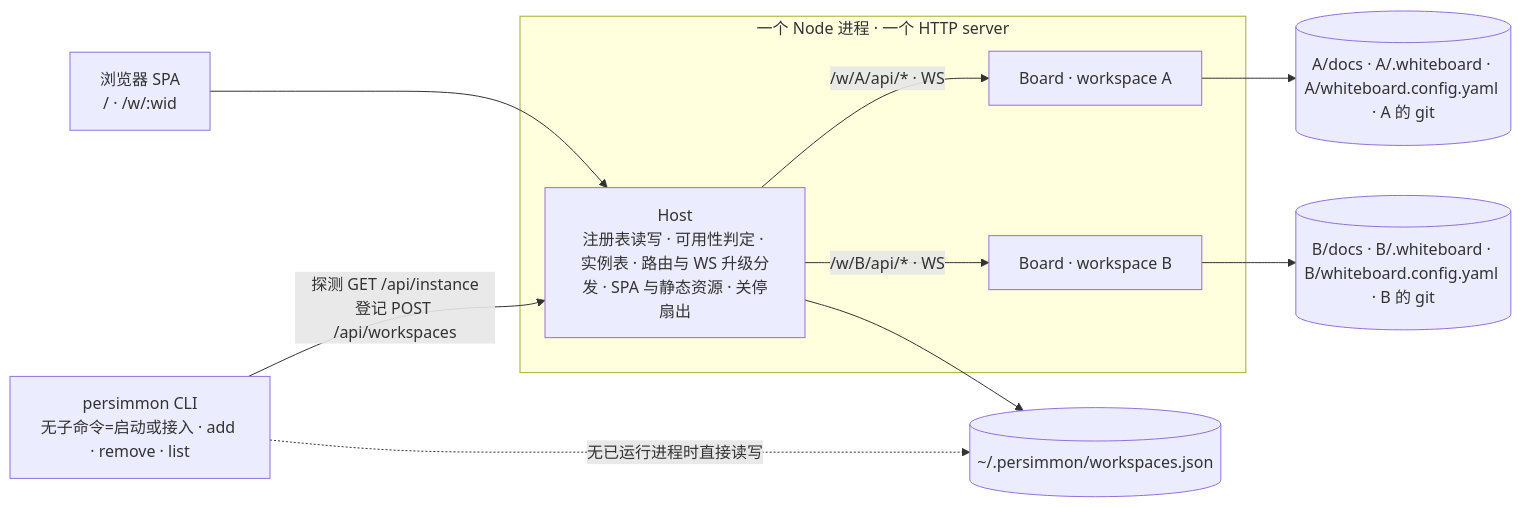
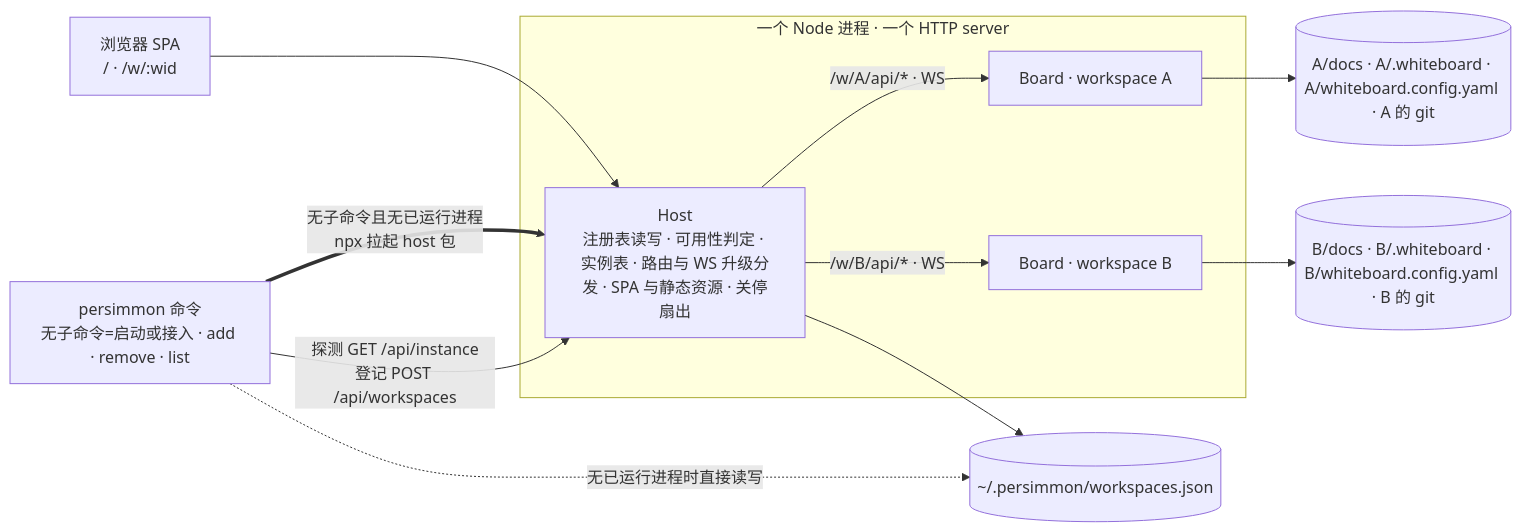
Before and after one commit to ryan-alexander-zhang/persimmon: the first of 6 diagrams in docs/design/design-00003-multi-workspace.md, drawn with Mermaid. The commit also changed other lines of this file and 7 other files, not shown here.

````diff
--- a/docs/design/design-00003-multi-workspace.md
+++ b/docs/design/design-00003-multi-workspace.md
@@ -18,16 +18,17 @@
 ```mermaid
 flowchart LR
-  CLI[persimmon CLI<br/>无子命令=启动或接入 · add · remove · list] -->|探测 GET /api/instance<br/>登记 POST /api/workspaces| HOST
-  CLI -.->|无已运行进程时直接读写| REG
+  CMD[persimmon 命令<br/>无子命令=启动或接入 · add · remove · list] -->|探测 GET /api/instance<br/>登记 POST /api/workspaces| HOST
+  CMD -.->|无已运行进程时直接读写| REG
+  CMD ==>|无子命令且无已运行进程<br/>npx 拉起 host 包| HOST
   subgraph Process[一个 Node 进程 · 一个 HTTP server]
     HOST[Host<br/>注册表读写 · 可用性判定 · 实例表 · 路由与 WS 升级分发 · SPA 与静态资源 · 关停扇出]
     B1[Board · workspace A]
     B2[Board · workspace B]
     HOST -->|/w/A/api/* · WS| B1
     HOST -->|/w/B/api/* · WS| B2
   end
   HOST --> REG[(~/.persimmon/workspaces.json)]
   B1 --> FA[(A/docs · A/.whiteboard · A/whiteboard.config.yaml · A 的 git)]
   B2 --> FB[(B/docs · B/.whiteboard · B/whiteboard.config.yaml · B 的 git)]
   UI[浏览器 SPA<br/>/ · /w/:wid] --> HOST
 ```
````
